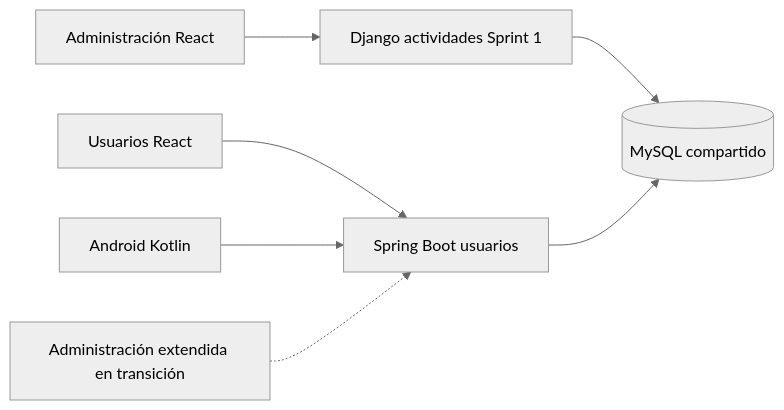
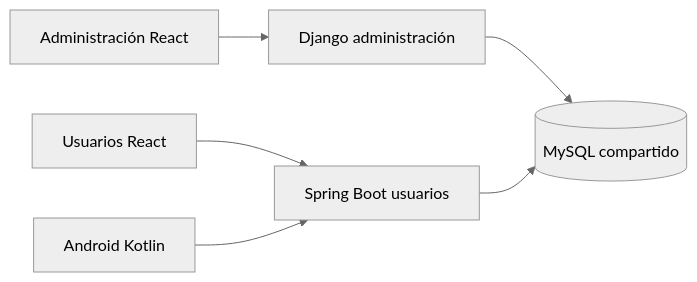
The first of 4 diagrams in docs/ARQUITECTURA.md (JeryBn/Proyecto-Integrador-MAIN), drawn with Mermaid (neutral theme) before and after one commit. The commit also changed other lines of this file and 21 other files, not shown here.

````diff
--- a/docs/ARQUITECTURA.md
+++ b/docs/ARQUITECTURA.md
@@ -5,9 +5,8 @@
 ```mermaid
 flowchart LR
-  AR[Administración React] --> DJ[Django actividades Sprint 1]
+  AR[Administración React] --> DJ[Django administración]
   UR[Usuarios React] --> SB[Spring Boot usuarios]
   KM[Android Kotlin] --> SB
   DJ --> DB[(MySQL compartido)]
   SB --> DB
-  EX[Administración extendida en transición] -.-> SB
 ```
````
